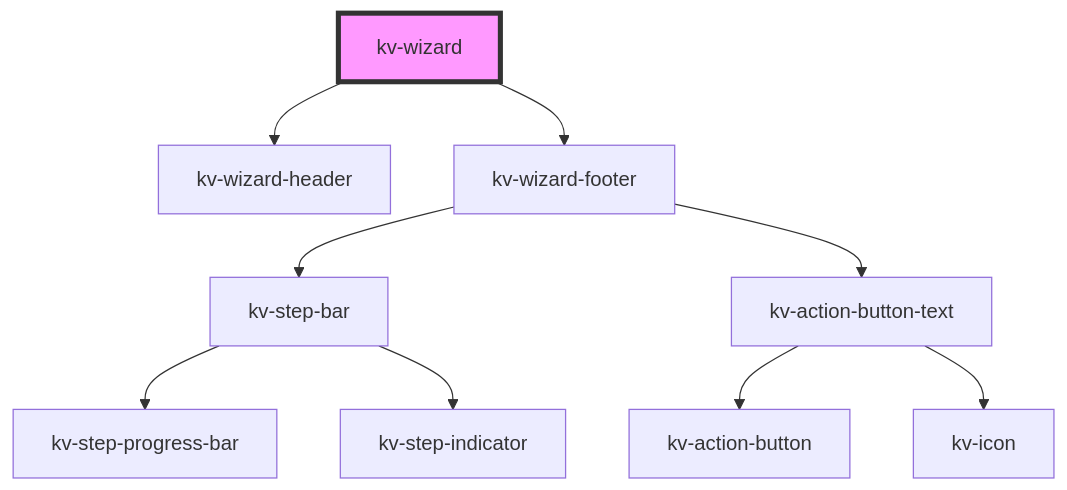
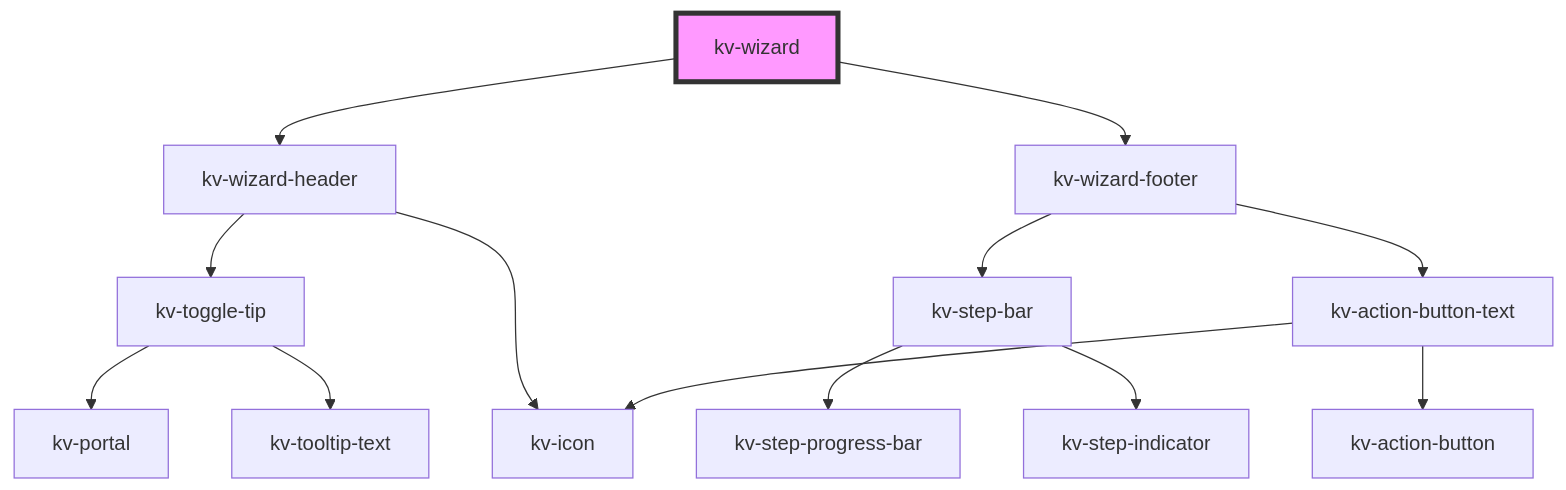
Before and after one commit to kelvininc/ui-components: the diagram in packages/ui-components/src/components/wizard/readme.md, drawn with Mermaid. The commit also changed 10 other files, not shown here.

Commit message:
feat(wizard): add a toggle-tip to the wizard header

````diff
--- a/packages/ui-components/src/components/wizard/readme.md
+++ b/packages/ui-components/src/components/wizard/readme.md
@@ -105,12 +105,16 @@
 ```mermaid
 graph TD;
   kv-wizard --> kv-wizard-header
   kv-wizard --> kv-wizard-footer
+  kv-wizard-header --> kv-toggle-tip
+  kv-wizard-header --> kv-icon
+  kv-toggle-tip --> kv-portal
+  kv-toggle-tip --> kv-tooltip-text
   kv-wizard-footer --> kv-step-bar
   kv-wizard-footer --> kv-action-button-text
   kv-step-bar --> kv-step-progress-bar
   kv-step-bar --> kv-step-indicator
   kv-action-button-text --> kv-action-button
   kv-action-button-text --> kv-icon
   style kv-wizard fill:#f9f,stroke:#333,stroke-width:4px
 ```
````
